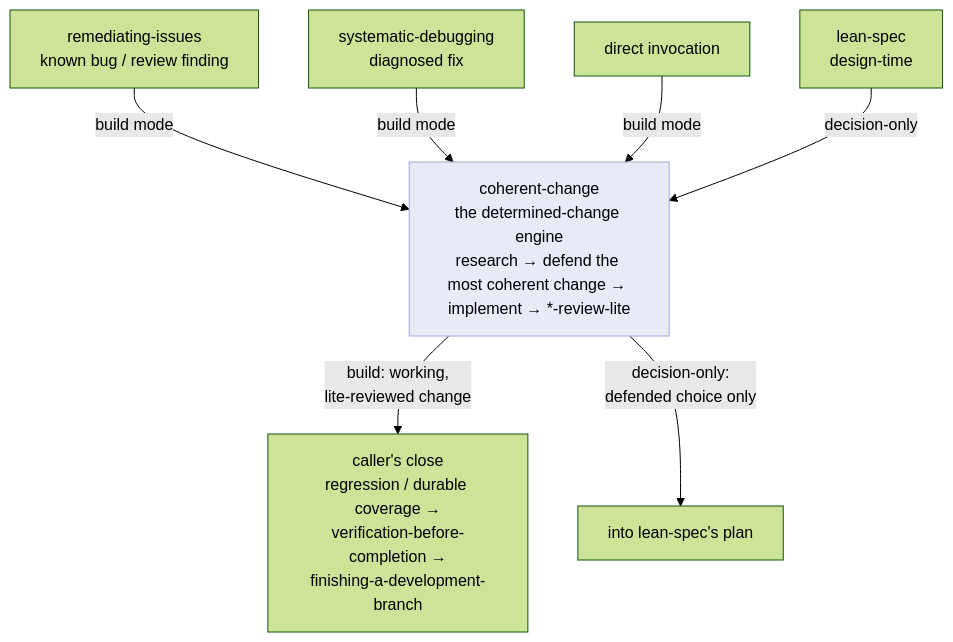
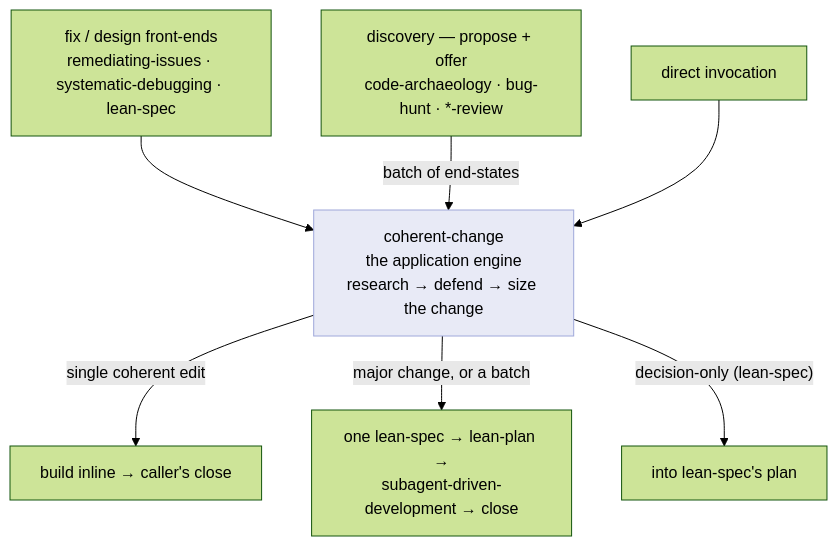
Before and after one commit to chris-santiago/claude-plugins: the second of 2 diagrams in chris-code/README.md, drawn with Mermaid (forest theme). The commit also changed other lines of this file and 16 other files, not shown here.

First line of the commit message:
Make coherent-change the universal application engine; wire discovery to it

````diff
--- a/chris-code/README.md
+++ b/chris-code/README.md
@@ -215,20 +216,19 @@
 ```mermaid
 flowchart TB
-    rem["remediating-issues<br/>known bug / review finding"]
-    dbg["systematic-debugging<br/>diagnosed fix"]
+    front["fix / design front-ends<br/>remediating-issues · systematic-debugging · lean-spec"]
+    disc["discovery — propose + offer<br/>code-archaeology · bug-hunt · *-review"]
     direct["direct invocation"]
-    spec["lean-spec<br/>design-time"]
 
-    engine["coherent-change<br/>the determined-change engine<br/>research → defend the most coherent change → implement → *-review-lite"]
+    engine["coherent-change<br/>the application engine<br/>research → defend → size the change"]
 
-    rem -->|build mode| engine
-    dbg -->|build mode| engine
-    direct -->|build mode| engine
-    spec -->|decision-only| engine
+    front --> engine
+    disc -->|"batch of end-states"| engine
+    direct --> engine
 
-    engine -->|"build: working,<br/>lite-reviewed change"| close["caller's close<br/>regression / durable coverage →<br/>verification-before-completion →<br/>finishing-a-development-branch"]
-    engine -->|"decision-only:<br/>defended choice only"| splan["into lean-spec's plan"]
+    engine -->|"single coherent edit"| inline["build inline → caller's close"]
+    engine -->|"major change, or a batch"| planned["one lean-spec → lean-plan →<br/>subagent-driven-development → close"]
+    engine -->|"decision-only (lean-spec)"| splan["into lean-spec's plan"]
 
     classDef eng fill:#e8eaf6,stroke:#9fa8da
     class engine eng
 ```
````
